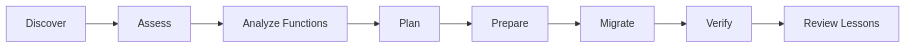
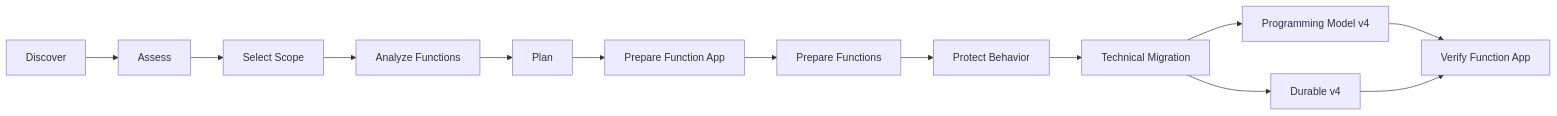
One commit to r3dp4nd/financial-reports-functions changed the diagram in .github/skills/README.md. Above: the diagram before and after it, drawn with Mermaid. The commit also changed other lines of this file and 12 other files, not shown here.

````diff
--- a/.github/skills/README.md
+++ b/.github/skills/README.md
@@ -1245,10 +208,15 @@
 ```mermaid
 flowchart LR
-  A[Discover] --> B[Assess]
-  B --> C[Analyze Functions]
-  C --> D[Plan]
-  D --> E[Prepare]
-  E --> F[Migrate]
-  F --> G[Verify]
-  G --> H[Review Lessons]
+  D[Discover] --> A[Assess]
+  A --> S[Select Scope]
+  S --> F[Analyze Functions]
+  F --> P[Plan]
+  P --> PA[Prepare Function App]
+  PA --> PF[Prepare Functions]
+  PF --> T[Protect Behavior]
+  T --> M[Technical Migration]
+  M --> PM[Programming Model v4]
+  M --> DU[Durable v4]
+  PM --> V[Verify Function App]
+  DU --> V
 ```
````
